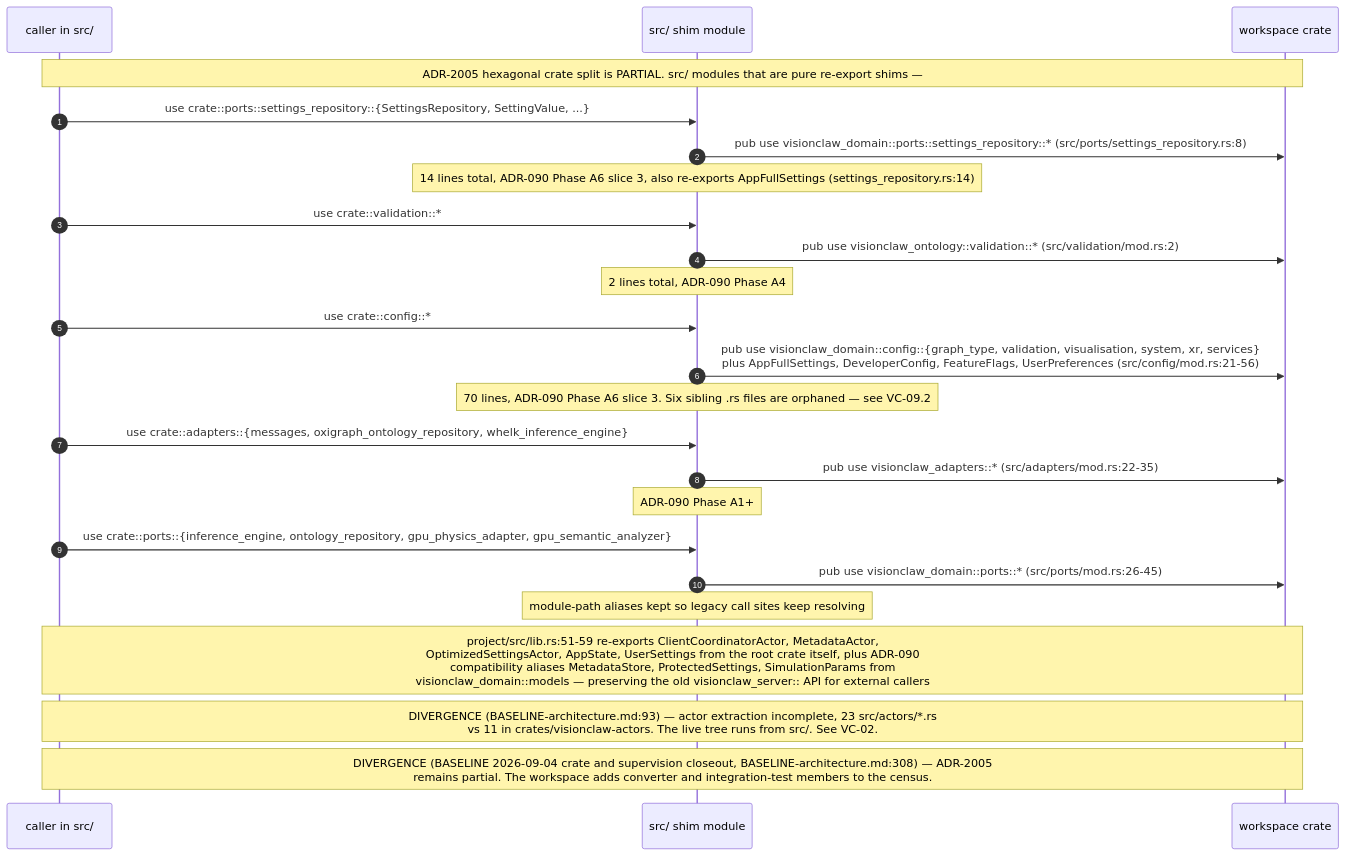
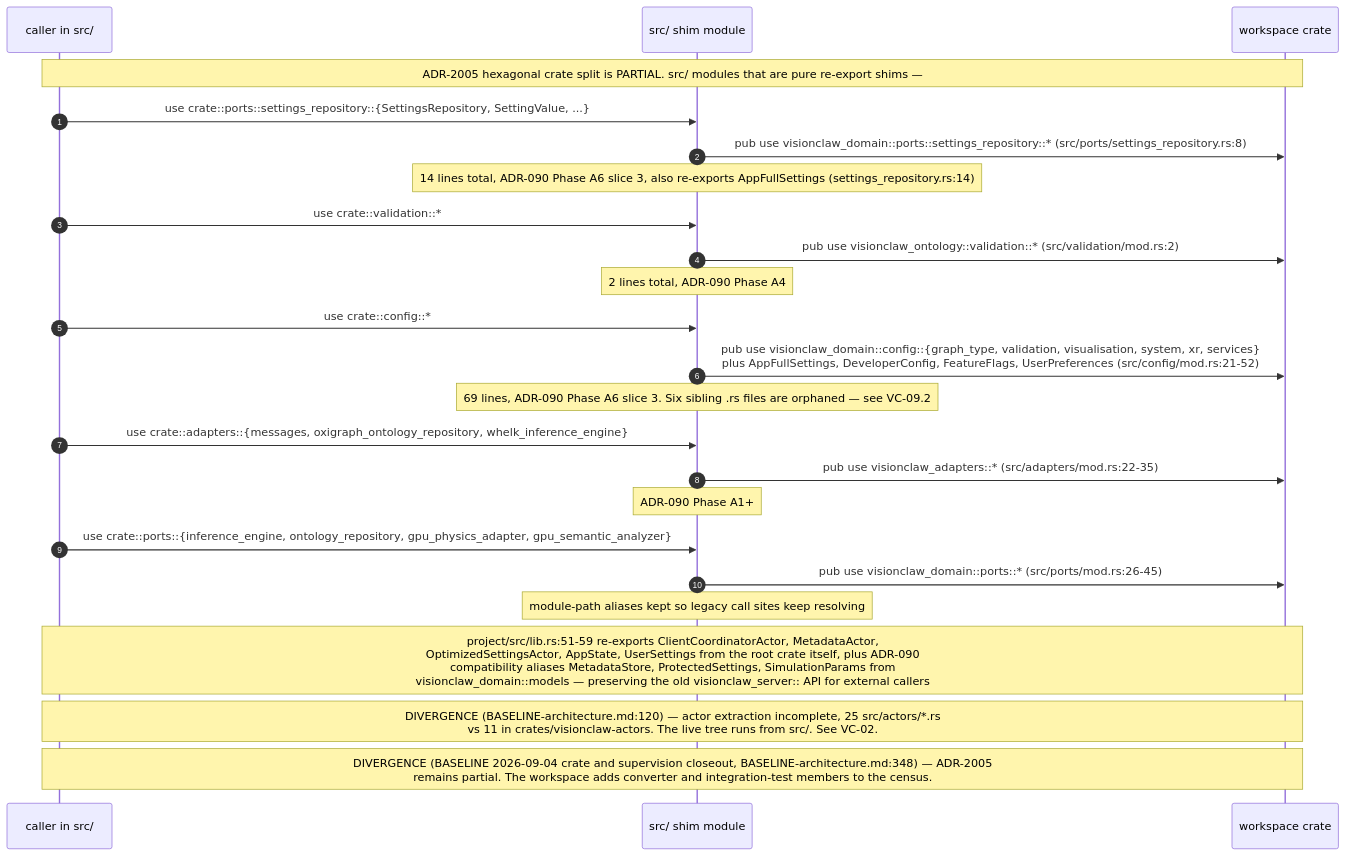
Before and after one commit to DreamLab-AI/VisionFlow: the second of 9 diagrams in docs/diagrams/visionclaw/07-hexagonal-ports-and-crates.md, drawn with Mermaid. The commit also changed other lines of this file and 160 other files, not shown here.

````diff
--- a/docs/diagrams/visionclaw/07-hexagonal-ports-and-crates.md
+++ b/docs/diagrams/visionclaw/07-hexagonal-ports-and-crates.md
@@ -112,27 +113,27 @@
 ```mermaid
 sequenceDiagram
     autonumber
     participant C as caller in src/
     participant SH as src/ shim module
     participant CR as workspace crate
 
     Note over C,CR: ADR-2005 hexagonal crate split is PARTIAL. src/ modules that are pure re-export shims —
     C->>SH: use crate::ports::settings_repository::{SettingsRepository, SettingValue, ...}
     SH->>CR: pub use visionclaw_domain::ports::settings_repository::* (src/ports/settings_repository.rs:8)
     Note over SH: 14 lines total, ADR-090 Phase A6 slice 3, also re-exports AppFullSettings (settings_repository.rs:14)
     C->>SH: use crate::validation::*
     SH->>CR: pub use visionclaw_ontology::validation::* (src/validation/mod.rs:2)
     Note over SH: 2 lines total, ADR-090 Phase A4
     C->>SH: use crate::config::*
-    SH->>CR: pub use visionclaw_domain::config::{graph_type, validation, visualisation, system, xr, services}<br/>plus AppFullSettings, DeveloperConfig, FeatureFlags, UserPreferences (src/config/mod.rs:21-56)
-    Note over SH: 70 lines, ADR-090 Phase A6 slice 3. Six sibling .rs files are orphaned — see VC-09.2
+    SH->>CR: pub use visionclaw_domain::config::{graph_type, validation, visualisation, system, xr, services}<br/>plus AppFullSettings, DeveloperConfig, FeatureFlags, UserPreferences (src/config/mod.rs:21-52)
+    Note over SH: 69 lines, ADR-090 Phase A6 slice 3. Six sibling .rs files are orphaned — see VC-09.2
     C->>SH: use crate::adapters::{messages, oxigraph_ontology_repository, whelk_inference_engine}
     SH->>CR: pub use visionclaw_adapters::* (src/adapters/mod.rs:22-35)
     Note over SH: ADR-090 Phase A1+
     C->>SH: use crate::ports::{inference_engine, ontology_repository, gpu_physics_adapter, gpu_semantic_analyzer}
     SH->>CR: pub use visionclaw_domain::ports::* (src/ports/mod.rs:26-45)
     Note over SH: module-path aliases kept so legacy call sites keep resolving
     Note over C,CR: project/src/lib.rs:51-59 re-exports ClientCoordinatorActor, MetadataActor,<br/>OptimizedSettingsActor, AppState, UserSettings from the root crate itself, plus ADR-090<br/>compatibility aliases MetadataStore, ProtectedSettings, SimulationParams from<br/>visionclaw_domain::models — preserving the old visionclaw_server:: API for external callers
-    Note over C,CR: DIVERGENCE (BASELINE-architecture.md:93) — actor extraction incomplete, 23 src/actors/*.rs<br/>vs 11 in crates/visionclaw-actors. The live tree runs from src/. See VC-02.
-    Note over C,CR: DIVERGENCE (BASELINE 2026-09-04 crate and supervision closeout, BASELINE-architecture.md:308) — ADR-2005<br/>remains partial. The workspace adds converter and integration-test members to the census.
+    Note over C,CR: DIVERGENCE (BASELINE-architecture.md:120) — actor extraction incomplete, 25 src/actors/*.rs<br/>vs 11 in crates/visionclaw-actors. The live tree runs from src/. See VC-02.
+    Note over C,CR: DIVERGENCE (BASELINE 2026-09-04 crate and supervision closeout, BASELINE-architecture.md:348) — ADR-2005<br/>remains partial. The workspace adds converter and integration-test members to the census.
 ```
````
